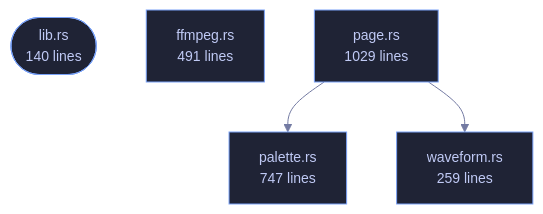
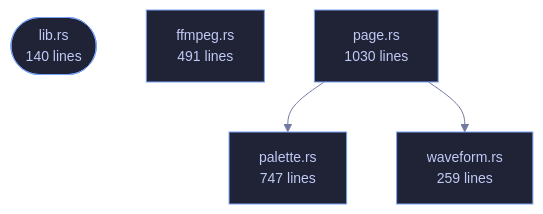
Before and after one commit to tilas01/veilvoice: the diagram in wiki/Crate-veilvoice-video.md, drawn with Mermaid. The commit also changed other lines of this file and 98 other files, not shown here.

````diff
--- a/wiki/Crate-veilvoice-video.md
+++ b/wiki/Crate-veilvoice-video.md
@@ -77,16 +77,16 @@
 ```mermaid
 %%{init: {"theme":"base","themeVariables":{"background":"#1a1b26","primaryColor":"#1f2335","primaryTextColor":"#c0caf5","primaryBorderColor":"#7aa2f7","secondaryColor":"#16161e","tertiaryColor":"#16161e","lineColor":"#737aa2","textColor":"#c0caf5","mainBkg":"#1f2335","nodeBorder":"#7aa2f7","clusterBkg":"#16161e","clusterBorder":"#2f3549","fontFamily":"ui-monospace, SFMono-Regular, Consolas, monospace","fontSize":"14px"}}}%%
 flowchart TD
     n_lib(["lib.rs<br/>140 lines"])
     n_ffmpeg["ffmpeg.rs<br/>491 lines"]
-    n_page["page.rs<br/>1029 lines"]
+    n_page["page.rs<br/>1030 lines"]
     n_palette["palette.rs<br/>747 lines"]
     n_waveform["waveform.rs<br/>259 lines"]
     n_page --> n_palette
     n_page --> n_waveform
     click n_lib href "https://github.com/tilas01/veilvoice/blob/main/crates/veilvoice-video/src/lib.rs" "open the source"
     click n_ffmpeg href "https://github.com/tilas01/veilvoice/blob/main/crates/veilvoice-video/src/ffmpeg.rs" "open the source"
     click n_page href "https://github.com/tilas01/veilvoice/blob/main/crates/veilvoice-video/src/page.rs" "open the source"
     click n_palette href "https://github.com/tilas01/veilvoice/blob/main/crates/veilvoice-video/src/palette.rs" "open the source"
     click n_waveform href "https://github.com/tilas01/veilvoice/blob/main/crates/veilvoice-video/src/waveform.rs" "open the source"
 ```
````
